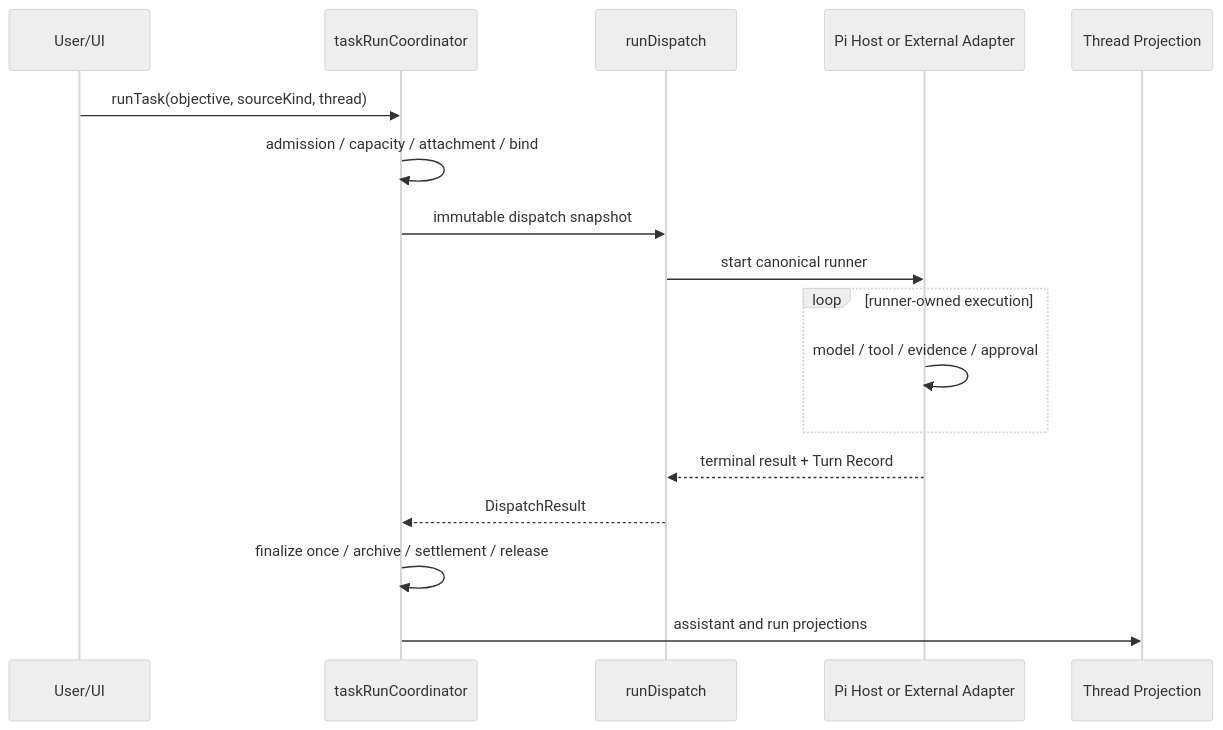
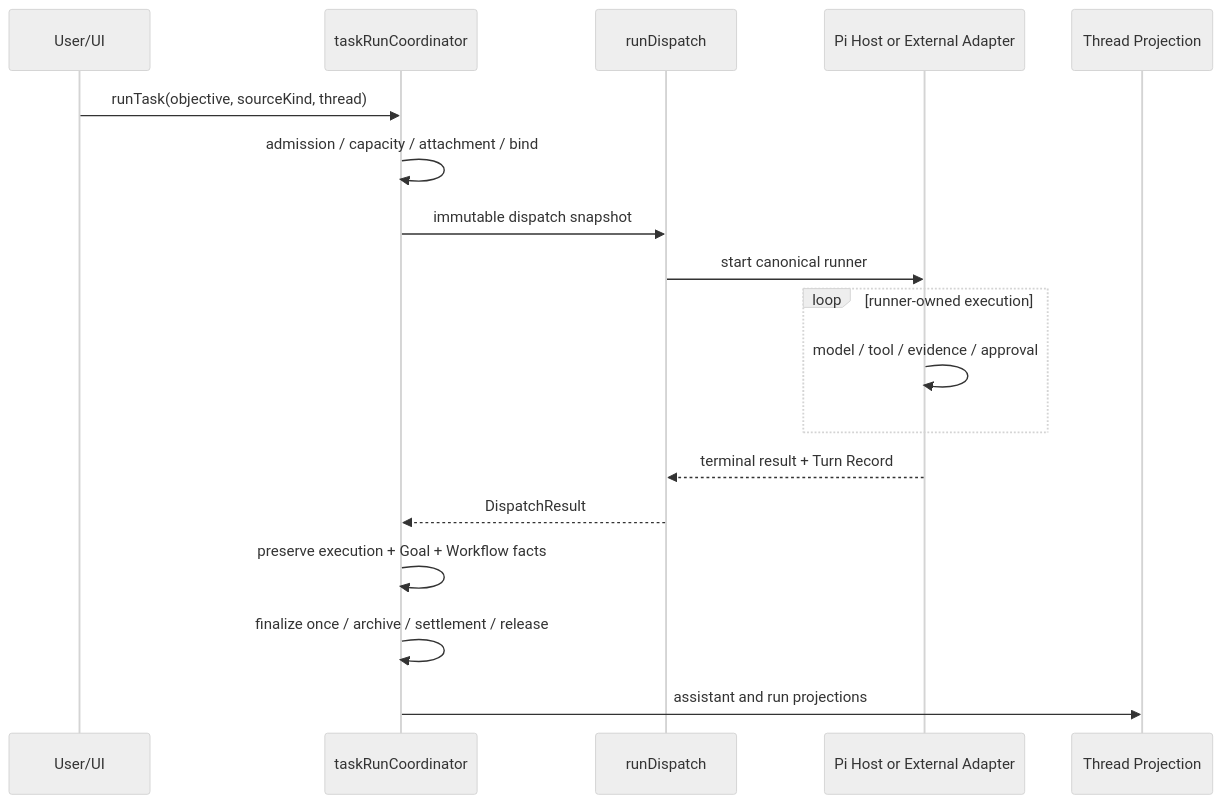
The diagram in docs/CONVERSATION_LOOP_HERMES_FLOW.md (tommy771004/AgentTeam), drawn with Mermaid (neutral theme) before and after one commit. The commit also changed other lines of this file and 14 other files, not shown here.

````diff
--- a/docs/CONVERSATION_LOOP_HERMES_FLOW.md
+++ b/docs/CONVERSATION_LOOP_HERMES_FLOW.md
@@ -97,20 +99,21 @@
 ```mermaid
 sequenceDiagram
   participant U as User/UI
   participant C as taskRunCoordinator
   participant D as runDispatch
   participant H as Pi Host or External Adapter
   participant T as Thread Projection
 
   U->>C: runTask(objective, sourceKind, thread)
   C->>C: admission / capacity / attachment / bind
   C->>D: immutable dispatch snapshot
   D->>H: start canonical runner
   loop runner-owned execution
     H->>H: model / tool / evidence / approval
   end
   H-->>D: terminal result + Turn Record
   D-->>C: DispatchResult
+  C->>C: preserve execution + Goal + Workflow facts
   C->>C: finalize once / archive / settlement / release
   C->>T: assistant and run projections
 ```
````
